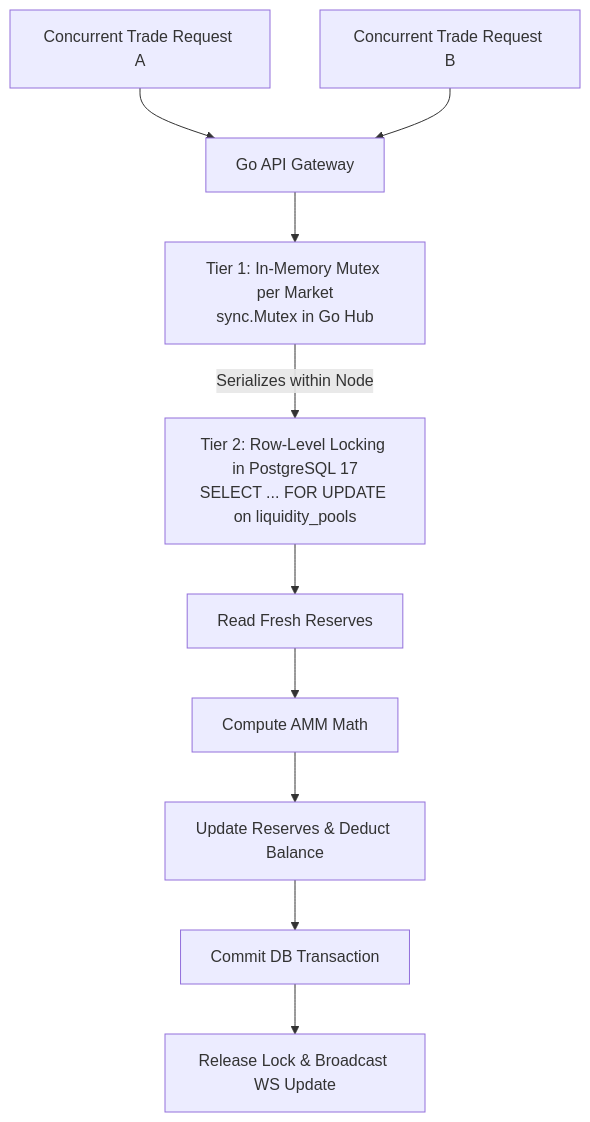
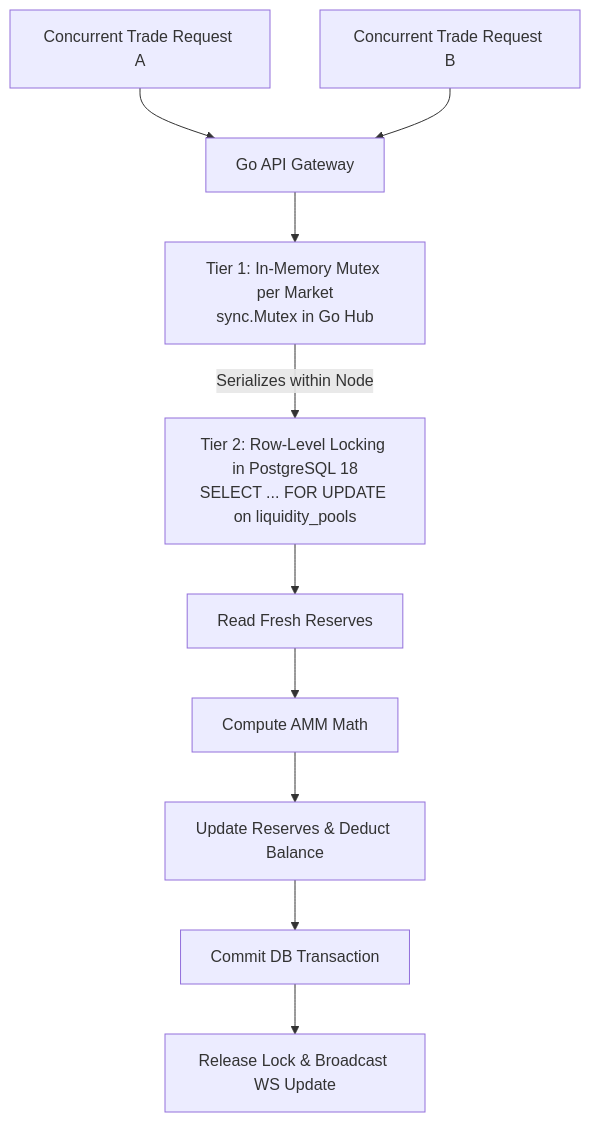
The fifth of 5 diagrams in target/ARCHITECTURE.md (Avinaba-Mazumdar/bayes-market), drawn with Mermaid before and after one commit. The commit also changed other lines of this file and 3 other files, not shown here.

````diff
--- a/target/ARCHITECTURE.md
+++ b/target/ARCHITECTURE.md
@@ -923,14 +923,14 @@
 ```mermaid
 flowchart TD
     ReqA[Concurrent Trade Request A] --> Gateway[Go API Gateway]
     ReqB[Concurrent Trade Request B] --> Gateway
 
     Gateway --> Tier1["Tier 1: In-Memory Mutex per Market<br/>sync.Mutex in Go Hub"]
-    Tier1 -->|Serializes within Node| Tier2["Tier 2: Row-Level Locking in PostgreSQL 17<br/>SELECT ... FOR UPDATE on liquidity_pools"]
+    Tier1 -->|Serializes within Node| Tier2["Tier 2: Row-Level Locking in PostgreSQL 18<br/>SELECT ... FOR UPDATE on liquidity_pools"]
 
     Tier2 --> Step1[Read Fresh Reserves]
     Step1 --> Step2[Compute AMM Math]
     Step2 --> Step3[Update Reserves & Deduct Balance]
     Step3 --> Step4[Commit DB Transaction]
     Step4 --> ReleaseLock[Release Lock & Broadcast WS Update]
 ```
````
